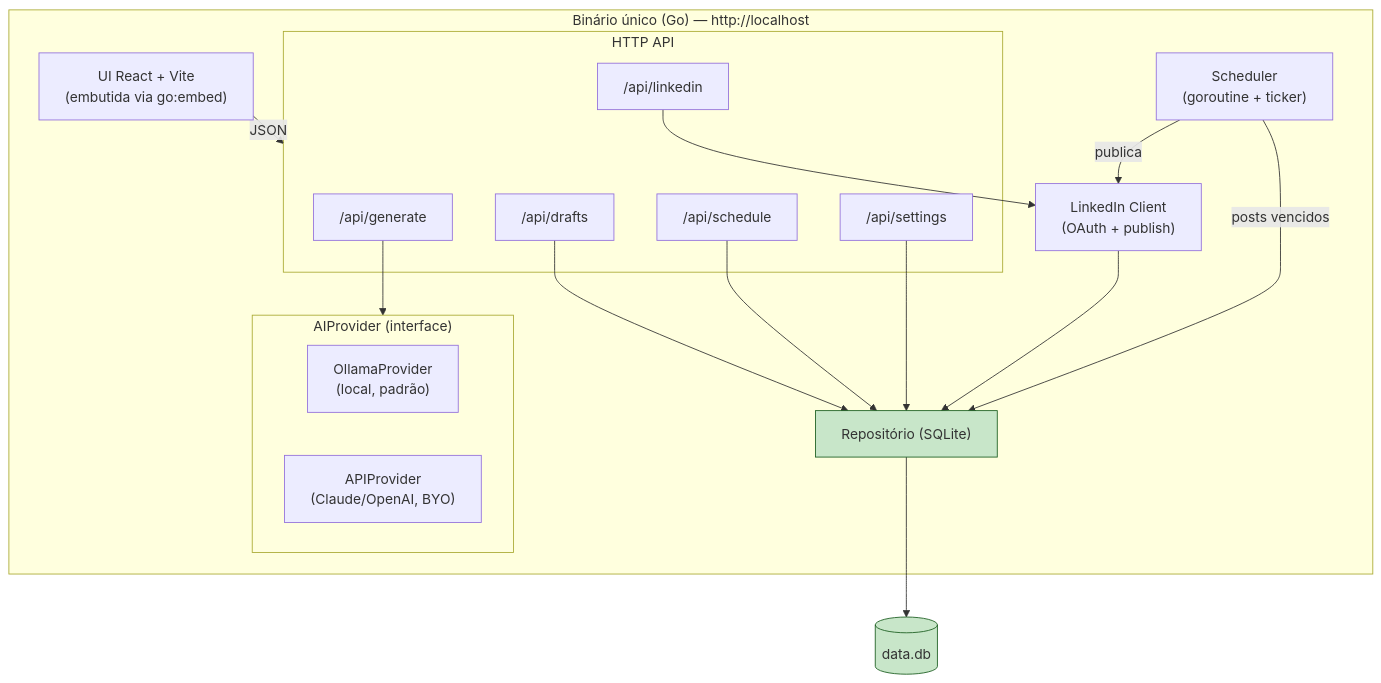
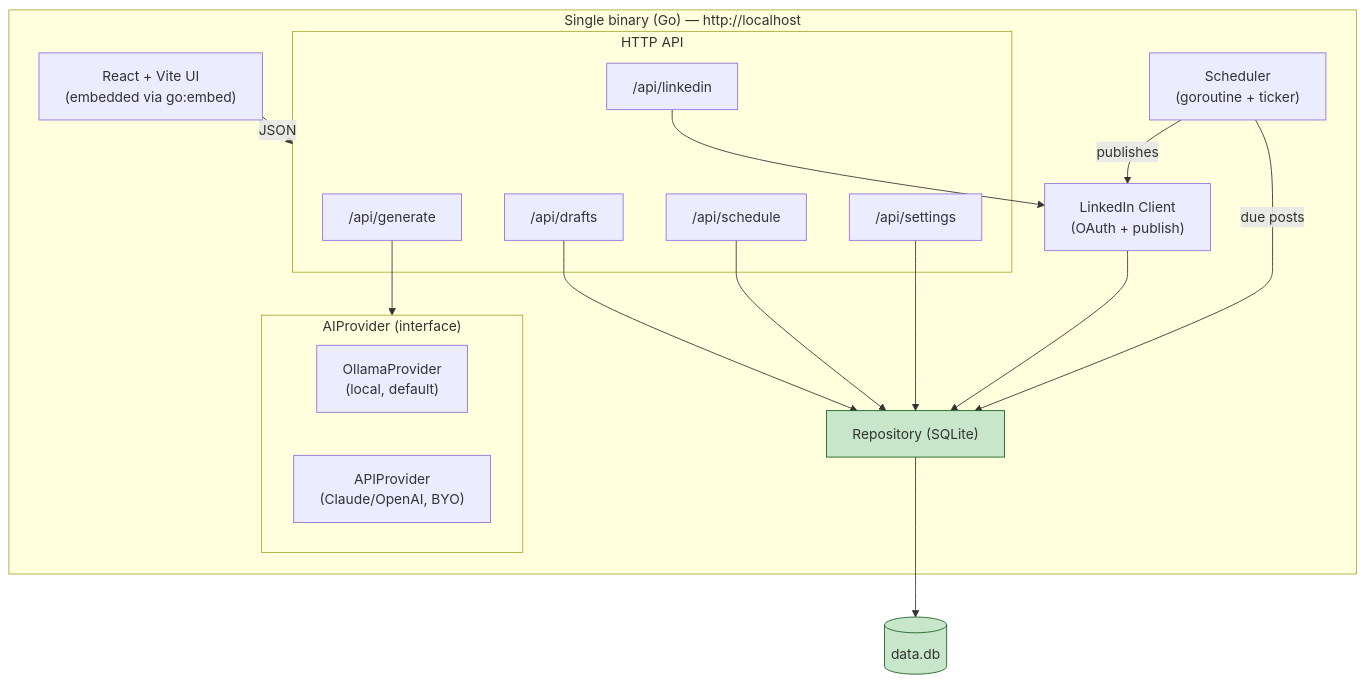
One commit to Vitor-andrade/linkedin-post-executor changed the diagram in docs/diagrams/component.mmd. Above: the diagram before and after it, drawn with Mermaid. The commit also changed 25 other files, not shown here.

```diff
--- a/docs/diagrams/component.mmd
+++ b/docs/diagrams/component.mmd
@@ -1,33 +1,33 @@
 graph TD
-    subgraph binary["Binário único (Go) — http://localhost"]
-        ui["UI React + Vite<br/>(embutida via go:embed)"]
+    subgraph binary["Single binary (Go) — http://localhost"]
+        ui["React + Vite UI<br/>(embedded via go:embed)"]
         subgraph api["HTTP API"]
             gen["/api/generate"]
             drafts["/api/drafts"]
             sched["/api/schedule"]
             li["/api/linkedin"]
             settings["/api/settings"]
         end
         scheduler["Scheduler<br/>(goroutine + ticker)"]
         subgraph ai["AIProvider (interface)"]
-            ollama["OllamaProvider<br/>(local, padrão)"]
+            ollama["OllamaProvider<br/>(local, default)"]
             apiprov["APIProvider<br/>(Claude/OpenAI, BYO)"]
         end
         liclient["LinkedIn Client<br/>(OAuth + publish)"]
-        repo["Repositório (SQLite)"]
+        repo["Repository (SQLite)"]
     end
     dbfile[("data.db")]
 
     ui -->|JSON| api
     gen --> ai
     drafts --> repo
     sched --> repo
     settings --> repo
     li --> liclient
     liclient --> repo
-    scheduler -->|"posts vencidos"| repo
-    scheduler -->|publica| liclient
+    scheduler -->|"due posts"| repo
+    scheduler -->|publishes| liclient
     repo --> dbfile
 
     classDef store fill:#c8e6c9,stroke:#1b5e20;
     class repo,dbfile store;
```
